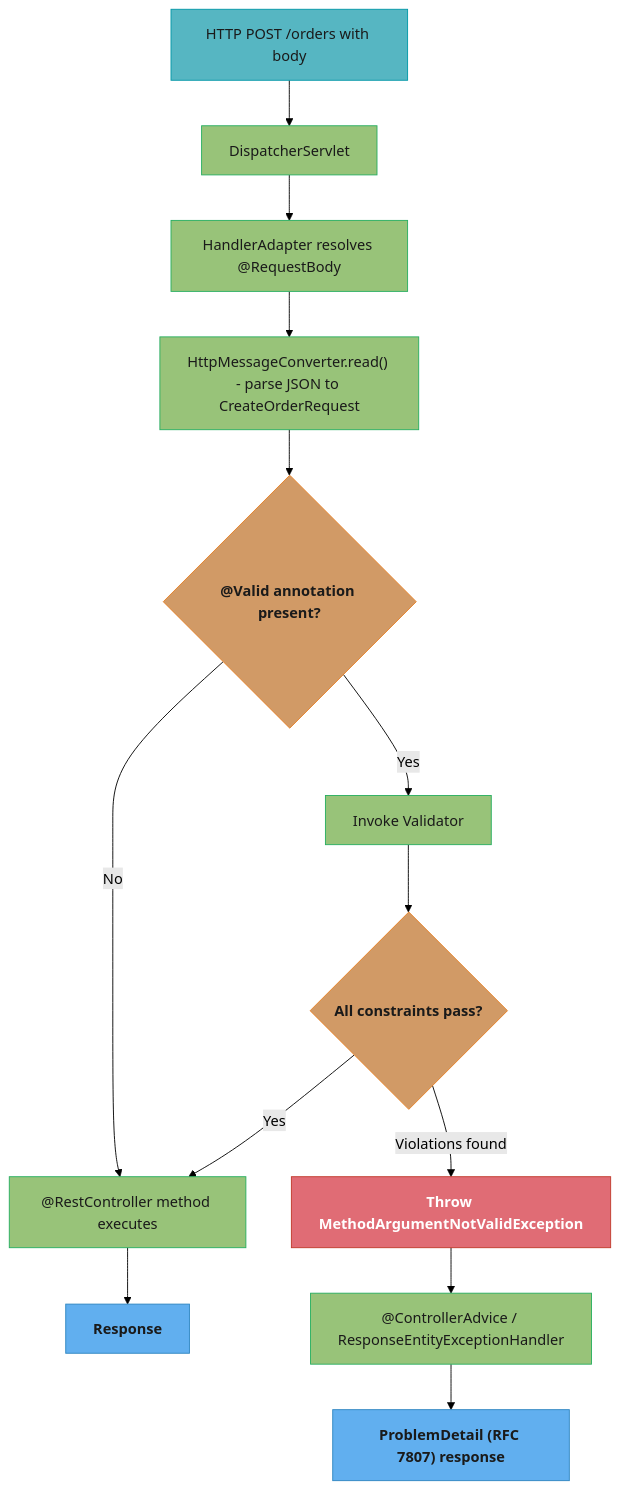
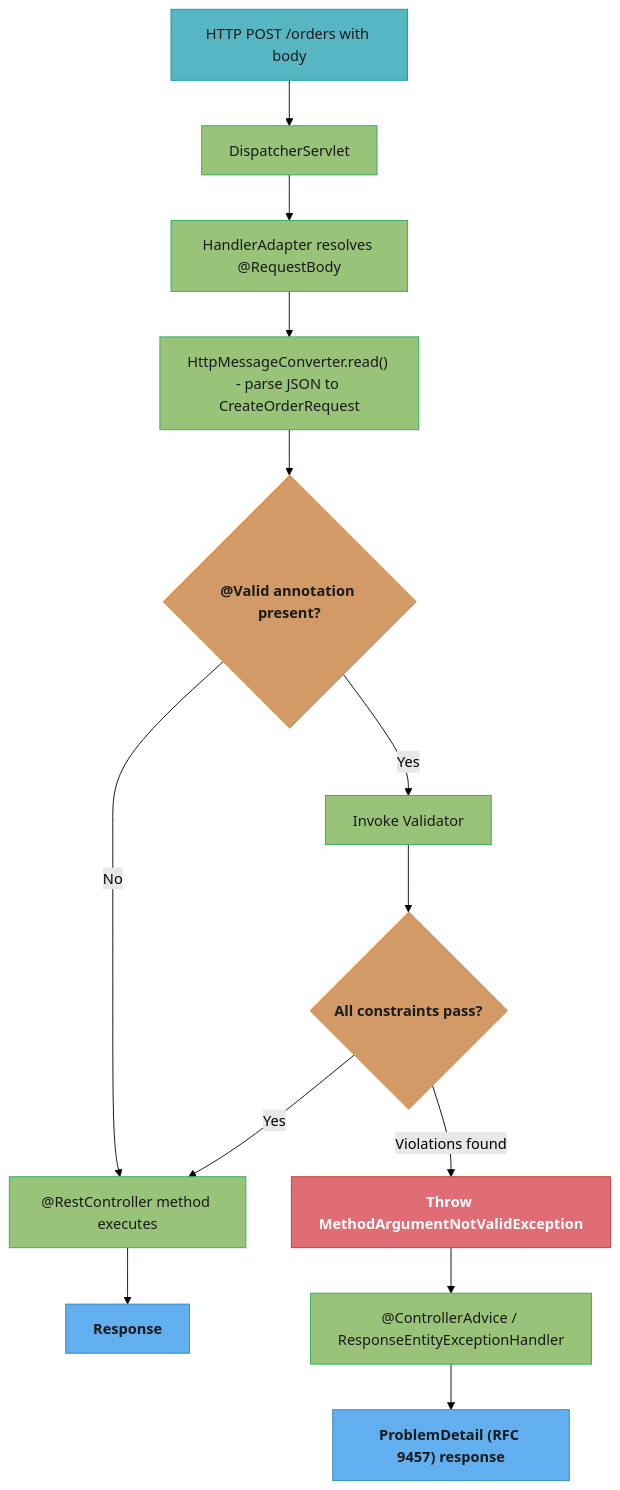
The first of 2 diagrams in src/main/java/com/rutik/systemdesign/spring/validation_and_error_handling/README.md (rppol/system-design), drawn with Mermaid (forest theme) before and after one commit. The commit also changed other lines of this file and 8 other files, not shown here.

````diff
--- a/src/main/java/com/rutik/systemdesign/spring/validation_and_error_handling/README.md
+++ b/src/main/java/com/rutik/systemdesign/spring/validation_and_error_handling/README.md
@@ -76,34 +76,34 @@
 ```mermaid
 flowchart TD
     classDef req    fill:#56b6c2,stroke:#0097a7,color:#1a1a1a
     classDef train  fill:#98c379,stroke:#27ae60,color:#1a1a1a
     classDef mathOp fill:#d19a66,stroke:#e67e22,color:#1a1a1a,font-weight:bold
     classDef lossN  fill:#e06c75,stroke:#c0392b,color:#fff,font-weight:bold
     classDef io     fill:#61afef,stroke:#2e86c1,color:#1a1a1a,font-weight:bold
 
     A["HTTP POST /orders with body"] --> B["DispatcherServlet"]
     B --> C["HandlerAdapter resolves @RequestBody"]
     C --> D["HttpMessageConverter.read() - parse JSON to CreateOrderRequest"]
     D --> E{"@Valid annotation present?"}
     E -->|Yes| F["Invoke Validator"]
     E -->|No| I["@RestController method executes"]
     F --> G{"All constraints pass?"}
     G -->|Yes| I
     G -->|"Violations found"| H["Throw MethodArgumentNotValidException"]
     I --> J["Response"]
     H --> K["@ControllerAdvice / ResponseEntityExceptionHandler"]
-    K --> L["ProblemDetail (RFC 7807) response"]
+    K --> L["ProblemDetail (RFC 9457) response"]
 
     class A req
     class B train
     class C train
     class D train
     class E mathOp
     class F train
     class G mathOp
     class H lossN
     class I train
     class J io
     class K train
     class L io
 ```
````
